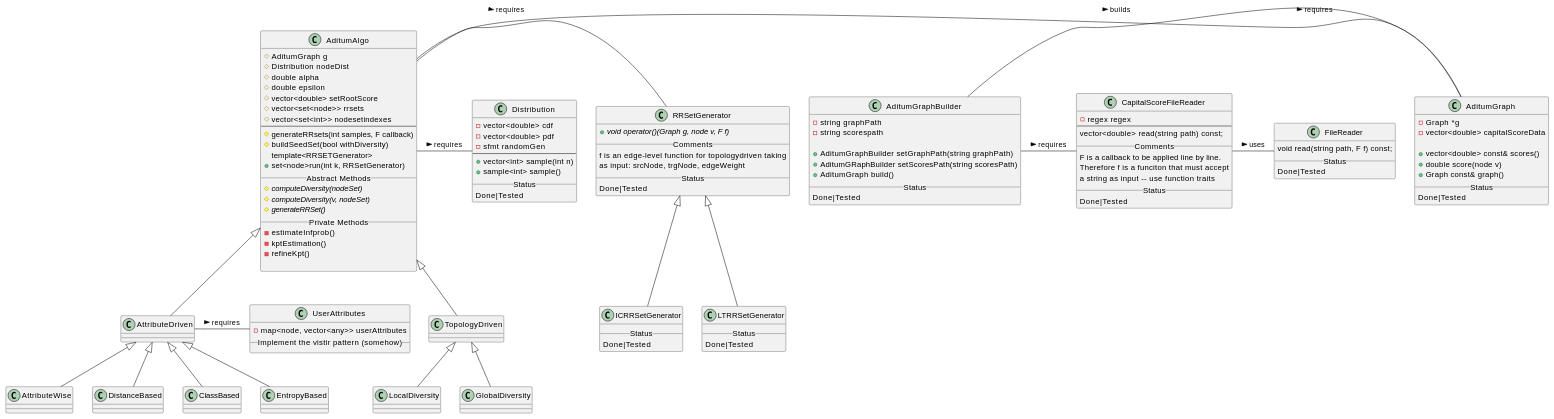
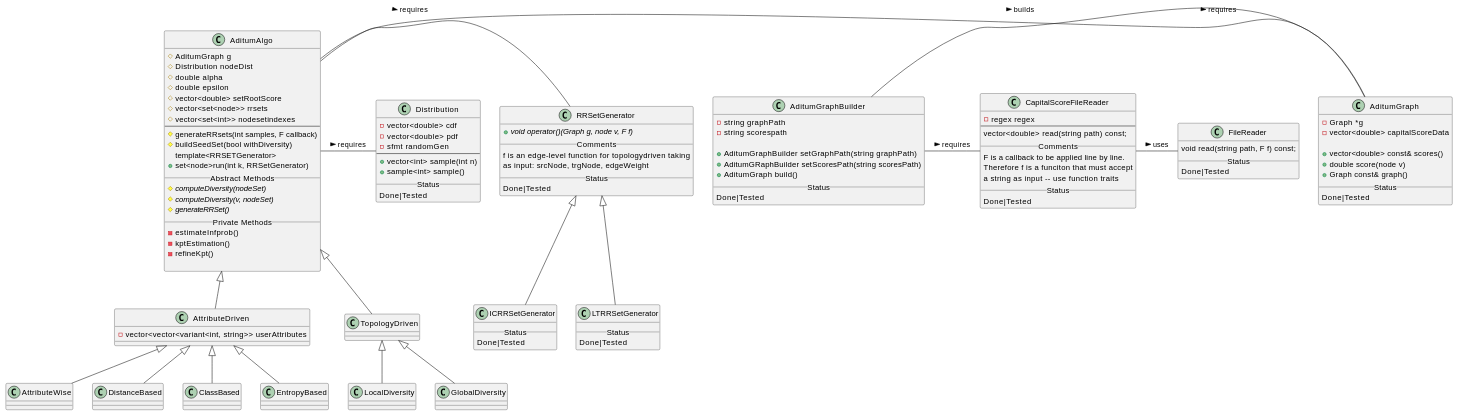
Before and after one commit to real-zct/Conformity: the first of 2 diagrams in diagrams/architecture.org, drawn with PlantUML. The commit also changed 21 other files, not shown here.

```diff
--- a/diagrams/architecture.org
+++ b/diagrams/architecture.org
@@ -77,9 +77,8 @@
 Done|Tested
 }
 
-class UserAttributes {
-- map<node, vector<any>> userAttributes
-__Implement the vistir pattern (somehow)__
+class AttributeDriven {
+- vector<vector<variant<int, string>> userAttributes
 }
 
 class FileReader {
@@ -117,7 +116,6 @@
 AttributeDriven <|-- EntropyBased
 
 
-AttributeDriven - UserAttributes : > requires
 AditumAlgo - AditumGraph :> requires
 AditumAlgo - RRSetGenerator :> requires
 AditumAlgo - Distribution :> requires
```
